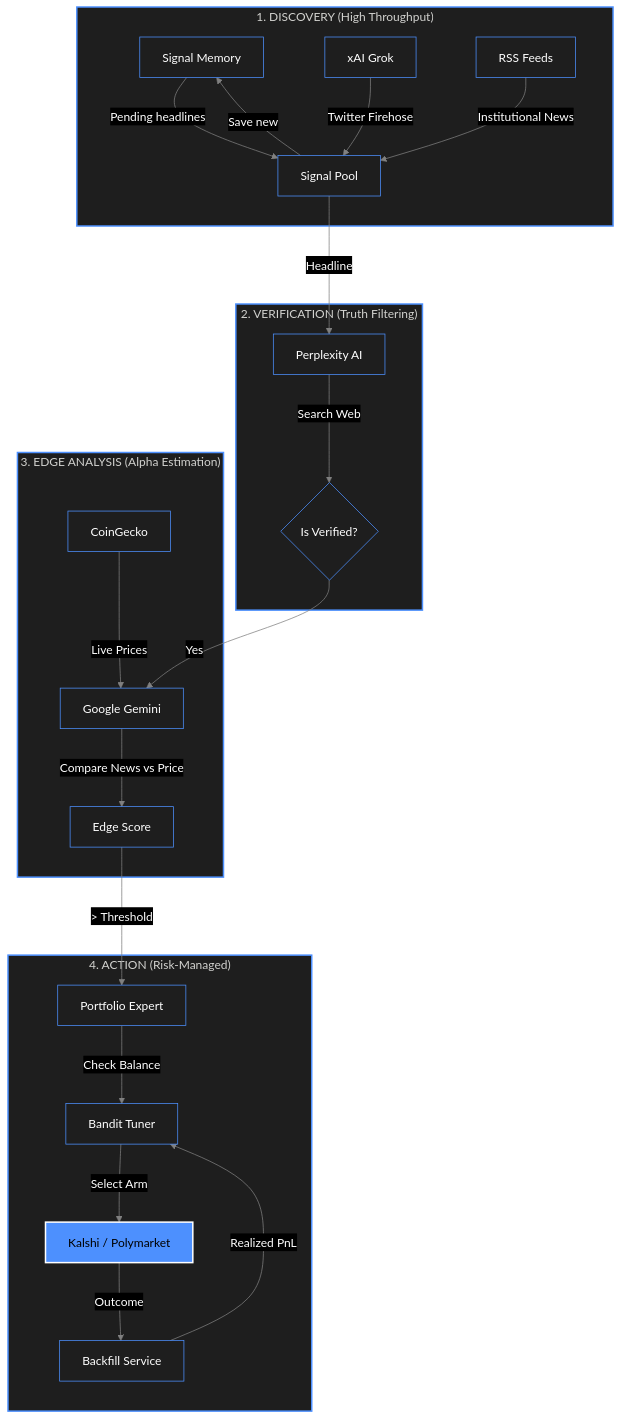
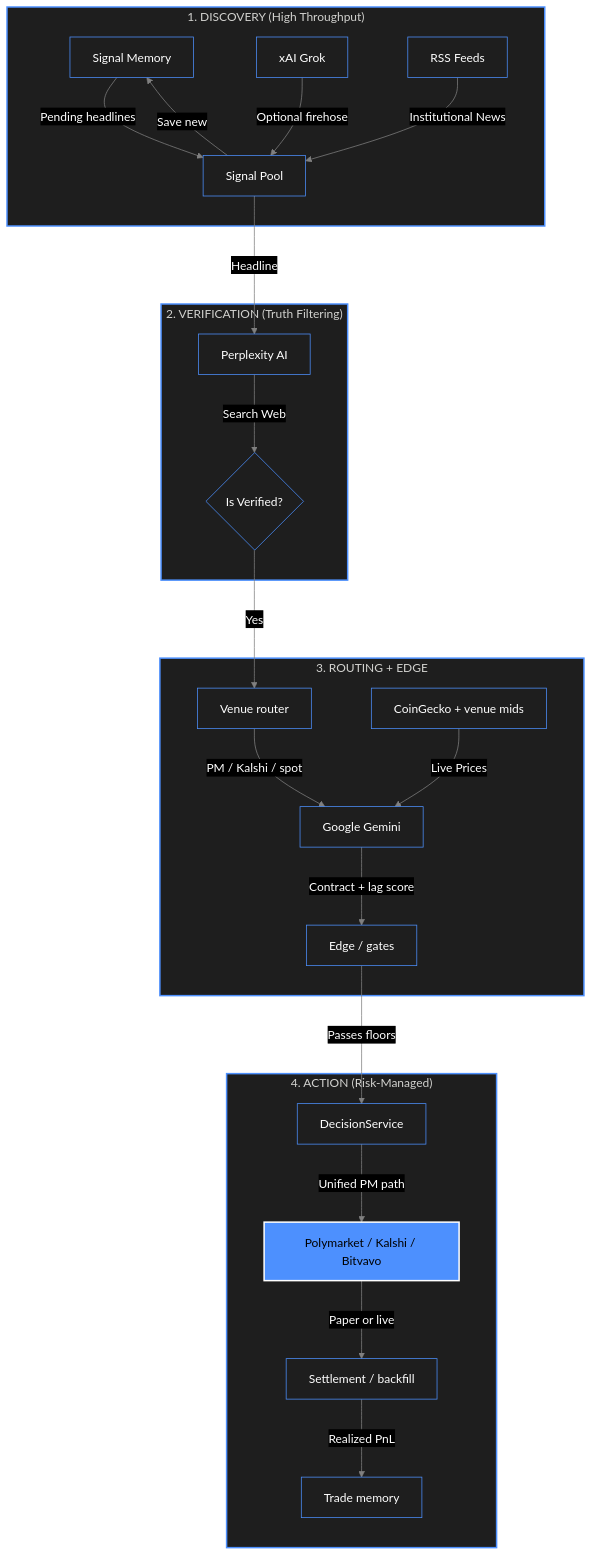
The diagram in projects/systemic-lag-trader.md (victorvos/cv-portfolio), drawn with Mermaid before and after one commit. The commit also changed other lines of this file and 1 other file, not shown here.

Commit message:
CV: refresh Systemic Lag Trader for Polymarket-first Jul 2026.

````diff
--- a/projects/systemic-lag-trader.md
+++ b/projects/systemic-lag-trader.md
@@ -26,35 +28,35 @@
 ```mermaid
 %%{init: {'theme': 'base', 'flowchart': {'nodeSpacing': 80, 'rankSpacing': 80, 'curve': 'basis'}, 'themeVariables': {'darkMode': true, 'background': '#121212', 'primaryColor': '#1e1e1e', 'primaryTextColor': '#ffffff', 'primaryBorderColor': '#4d90fe', 'secondaryColor': '#252526', 'tertiaryColor': '#2d2d30', 'lineColor': '#808080', 'textColor': '#ffffff', 'clusterBkg': '#1e1e1e', 'clusterBorder': '#4d90fe', 'nodeTextColor': '#ffffff', 'fontFamily': 'Segoe UI, sans-serif'}}}%%
 flowchart TD
     subgraph Discovery ["1. DISCOVERY (High Throughput)"]
         SM[Signal Memory] -- "Pending headlines" --> S[Signal Pool]
-        G[xAI Grok] -- "Twitter Firehose" --> S
+        G[xAI Grok] -- "Optional firehose" --> S
         R[RSS Feeds] -- "Institutional News" --> S
         S -- "Save new" --> SM
     end
 
     subgraph Verification ["2. VERIFICATION (Truth Filtering)"]
         S -- "Headline" --> P[Perplexity AI]
         P -- "Search Web" --> V{Is Verified?}
     end
 
-    subgraph Analysis ["3. EDGE ANALYSIS (Alpha Estimation)"]
-        V -- "Yes" --> GM[Google Gemini]
-        C[CoinGecko] -- "Live Prices" --> GM
-        GM -- "Compare News vs Price" --> E[Edge Score]
+    subgraph Analysis ["3. ROUTING + EDGE"]
+        V -- "Yes" --> RT[Venue router]
+        RT -- "PM / Kalshi / spot" --> GM[Google Gemini]
+        C[CoinGecko + venue mids] -- "Live Prices" --> GM
+        GM -- "Contract + lag score" --> E[Edge / gates]
     end
 
     subgraph Execution ["4. ACTION (Risk-Managed)"]
-        E -- "> Threshold" --> B[Portfolio Expert]
-        B -- "Check Balance" --> BT[Bandit Tuner]
-        BT -- "Select Arm" --> VN[Kalshi / Polymarket]
-        VN -- "Outcome" --> BK[Backfill Service]
-        BK -- "Realized PnL" --> BT
+        E -- "Passes floors" --> DS[DecisionService]
+        DS -- "Unified PM path" --> VN[Polymarket / Kalshi / Bitvavo]
+        VN -- "Paper or live" --> BK[Settlement / backfill]
+        BK -- "Realized PnL" --> MEM[Trade memory]
     end
 
     style Discovery fill:#1e1e1e,stroke:#4d90fe,stroke-width:2px
     style Verification fill:#1e1e1e,stroke:#4d90fe,stroke-width:2px
     style Analysis fill:#1e1e1e,stroke:#4d90fe,stroke-width:2px
     style Execution fill:#1e1e1e,stroke:#4d90fe,stroke-width:2px
     style VN fill:#4d90fe,stroke:#ffffff,stroke-width:2px,color:#000
 ```
````
